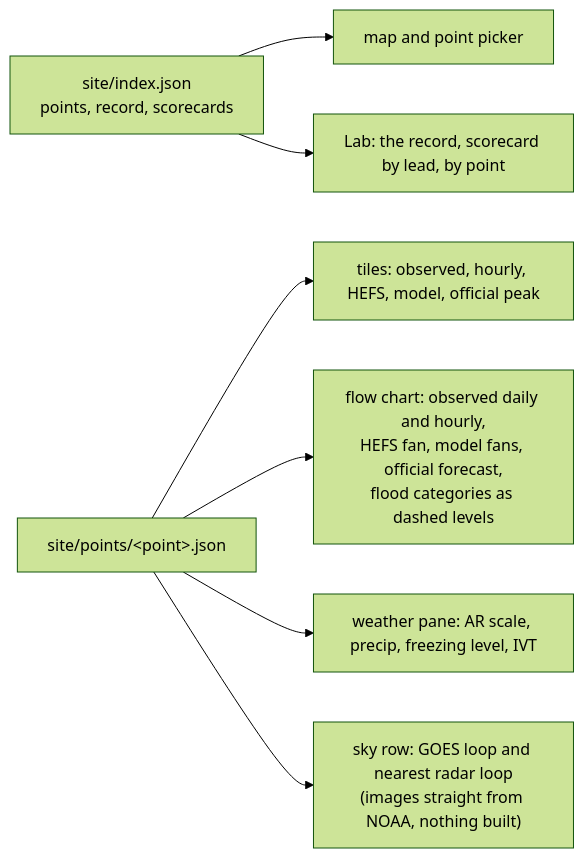
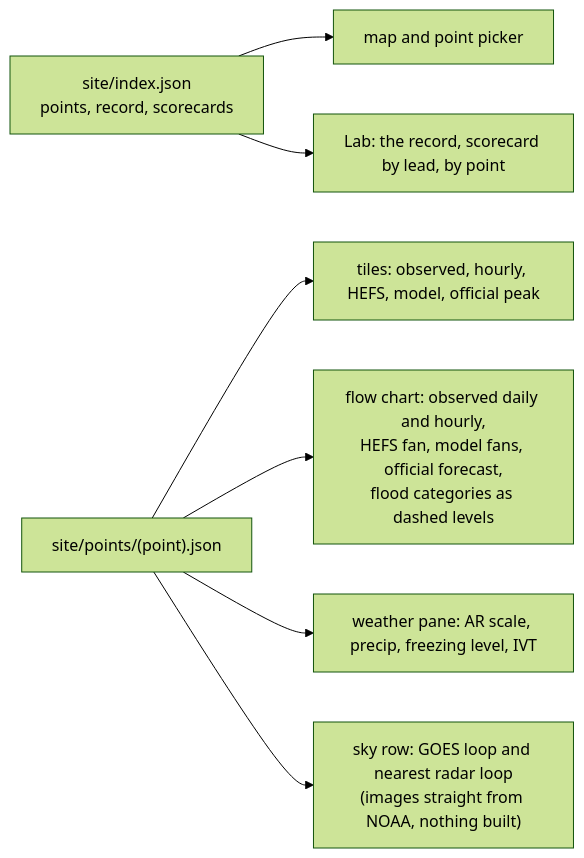
Before and after one commit to sotarolab/hapi: the fourth of 4 diagrams in docs/ARCHITECTURE.md, drawn with Mermaid (forest theme). The commit also changed other lines of this file and 1 other file, not shown here.

Commit message:
Keep angle brackets out of the Mermaid labels

````diff
--- a/docs/ARCHITECTURE.md
+++ b/docs/ARCHITECTURE.md
@@ -103,9 +103,9 @@
 ```mermaid
 flowchart LR
   IDX["site/index.json<br/>points, record, scorecards"] --> MAP["map and point picker"]
   IDX --> LAB["Lab: the record, scorecard by lead, by point"]
-  PT["site/points/&lt;point&gt;.json"] --> TILES["tiles: observed, hourly, HEFS, model, official peak"]
+  PT["site/points/(point).json"] --> TILES["tiles: observed, hourly, HEFS, model, official peak"]
   PT --> CHART["flow chart: observed daily and hourly,<br/>HEFS fan, model fans, official forecast,<br/>flood categories as dashed levels"]
   PT --> WX["weather pane: AR scale, precip, freezing level, IVT"]
   PT --> SKY["sky row: GOES loop and nearest radar loop<br/>(images straight from NOAA, nothing built)"]
 ```
````
